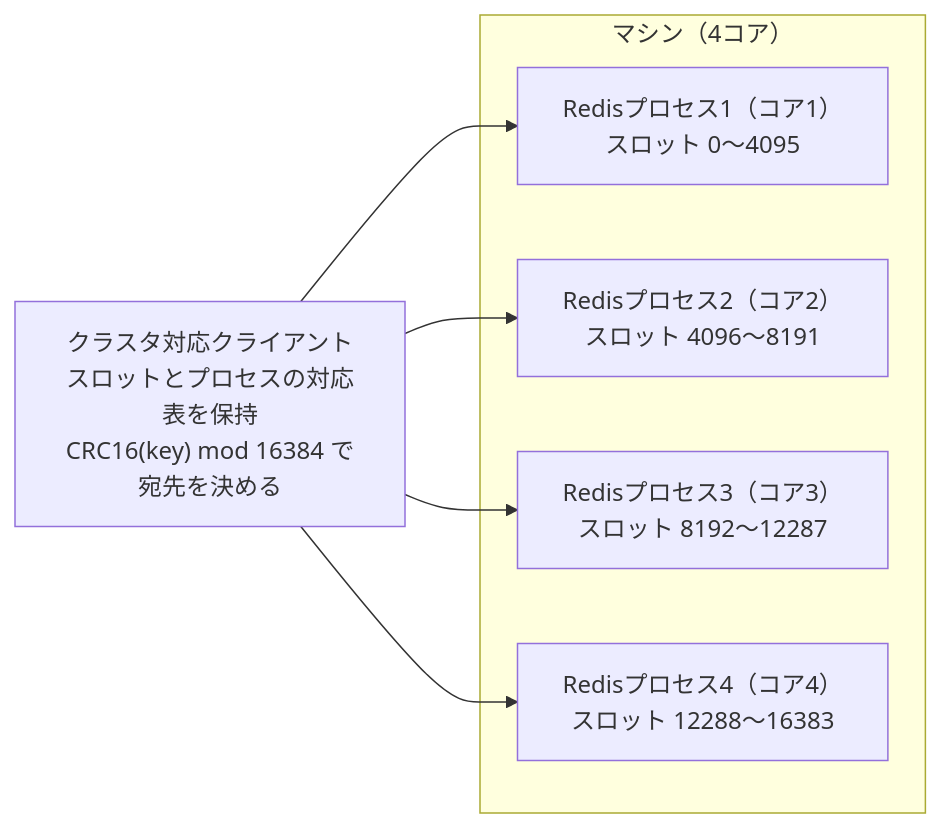
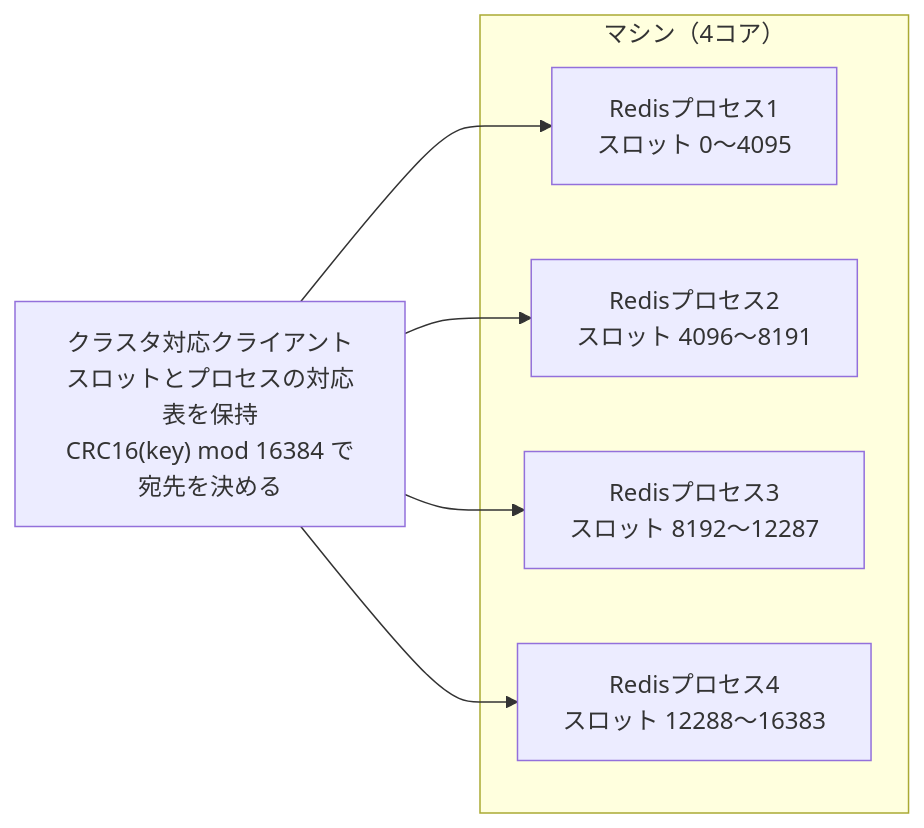
The third of 5 diagrams in content/ja/posts/redis-memcached-dragonfly-architecture.md (bmf-san/bmf-tech), drawn with Mermaid before and after one commit. The commit also changed other lines of this file and 1 other file, not shown here.

Commit message:
fix: 図のコア固定表記の削除やDragonfly・Redis・Valkeyの記述を出典どおりに修正

````diff
--- a/content/ja/posts/redis-memcached-dragonfly-architecture.md
+++ b/content/ja/posts/redis-memcached-dragonfly-architecture.md
@@ -92,11 +92,11 @@
 ```mermaid
 flowchart LR
     C["クラスタ対応クライアント<br/>スロットとプロセスの対応表を保持<br/>CRC16(key) mod 16384 で宛先を決める"]
     subgraph M["マシン（4コア）"]
-        P1["Redisプロセス1（コア1）<br/>スロット 0〜4095"]
-        P2["Redisプロセス2（コア2）<br/>スロット 4096〜8191"]
-        P3["Redisプロセス3（コア3）<br/>スロット 8192〜12287"]
-        P4["Redisプロセス4（コア4）<br/>スロット 12288〜16383"]
+        P1["Redisプロセス1<br/>スロット 0〜4095"]
+        P2["Redisプロセス2<br/>スロット 4096〜8191"]
+        P3["Redisプロセス3<br/>スロット 8192〜12287"]
+        P4["Redisプロセス4<br/>スロット 12288〜16383"]
     end
     C --> P1 & P2 & P3 & P4
 ```
````
